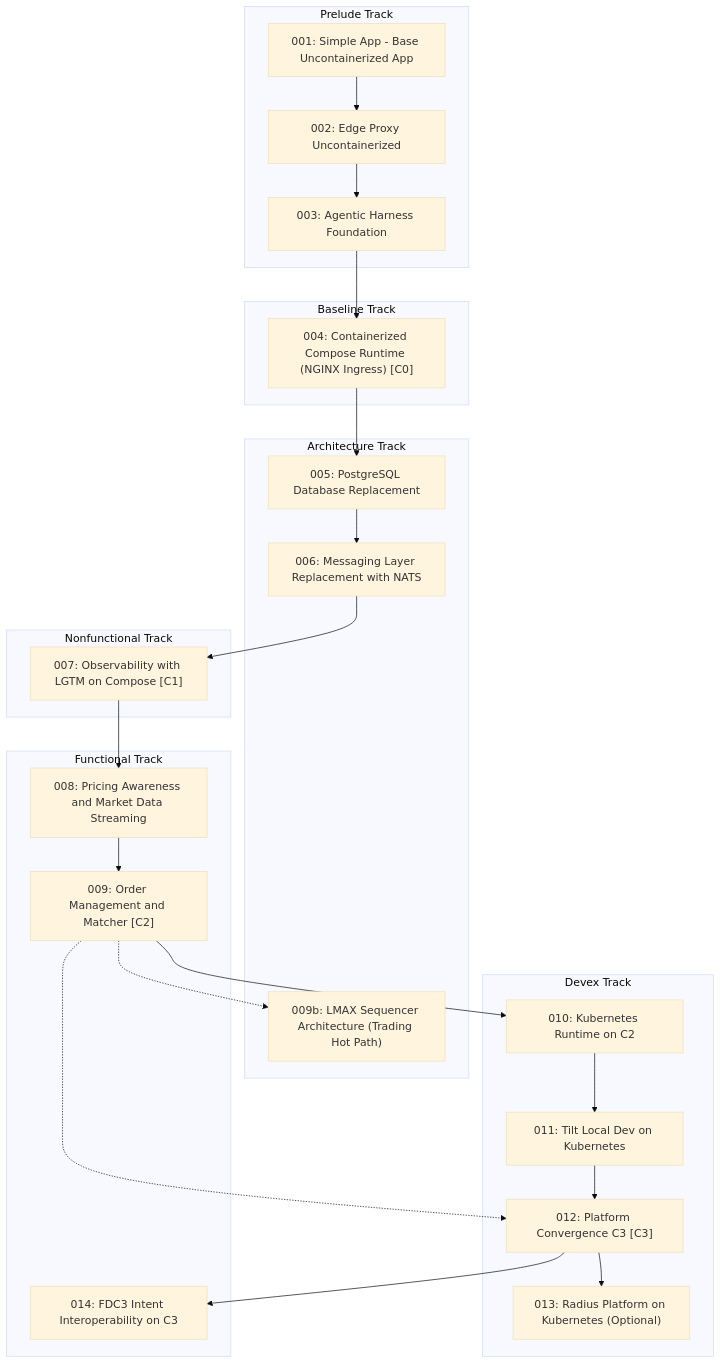
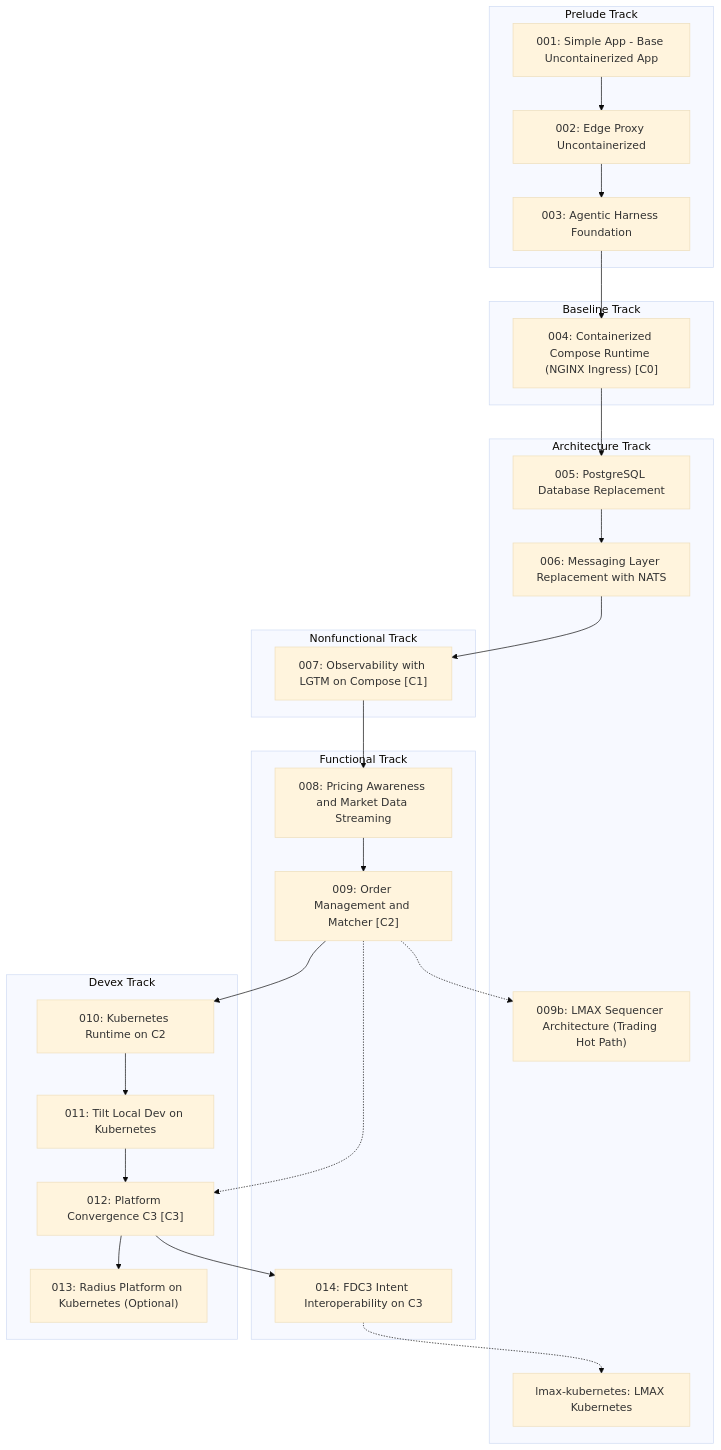
Before and after one commit to YU-CS-Summer-2026-Distributed-TraderX/traderX: the third of 3 diagrams in docs/learning-paths/index.md, drawn with Mermaid (base theme). The commit also changed other lines of this file and 140 other files, not shown here.

Commit message:
Add lmax-kubernetes state pack and runtime plumbing

````diff
--- a/docs/learning-paths/index.md
+++ b/docs/learning-paths/index.md
@@ -112,46 +116,48 @@
 ```mermaid
 flowchart TB
   subgraph PRELUDE["Prelude Track"]
     S001_baseline_uncontainerized_parity["001: Simple App - Base Uncontainerized App"]
     S002_edge_proxy_uncontainerized["002: Edge Proxy Uncontainerized"]
     S003_agentic_harness_foundation["003: Agentic Harness Foundation"]
   end
   subgraph BASELINE["Baseline Track"]
     S004_containerized_compose_runtime["004: Containerized Compose Runtime (NGINX Ingress) [C0]"]
   end
   subgraph ARCHITECTURE["Architecture Track"]
     S005_postgres_database_replacement["005: PostgreSQL Database Replacement"]
     S006_messaging_nats_replacement["006: Messaging Layer Replacement with NATS"]
     S009b_lmax_sequencer_architecture["009b: LMAX Sequencer Architecture (Trading Hot Path)"]
+    Slmax_kubernetes["lmax-kubernetes: LMAX Kubernetes"]
   end
   subgraph NONFUNCTIONAL["Nonfunctional Track"]
     S007_observability_lgtm_compose["007: Observability with LGTM on Compose [C1]"]
   end
   subgraph FUNCTIONAL["Functional Track"]
     S008_pricing_awareness_market_data["008: Pricing Awareness and Market Data Streaming"]
     S009_order_management_matcher["009: Order Management and Matcher [C2]"]
     S014_fdc3_intent_interoperability["014: FDC3 Intent Interoperability on C3"]
   end
   subgraph DEVEX["Devex Track"]
     S010_kubernetes_runtime["010: Kubernetes Runtime on C2"]
     S011_tilt_kubernetes_dev_loop["011: Tilt Local Dev on Kubernetes"]
     S012_platform_convergence_c3["012: Platform Convergence C3 [C3]"]
     S013_radius_kubernetes_platform["013: Radius Platform on Kubernetes (Optional)"]
   end
   S001_baseline_uncontainerized_parity --> S002_edge_proxy_uncontainerized
   S002_edge_proxy_uncontainerized --> S003_agentic_harness_foundation
   S003_agentic_harness_foundation --> S004_containerized_compose_runtime
   S004_containerized_compose_runtime --> S005_postgres_database_replacement
   S005_postgres_database_replacement --> S006_messaging_nats_replacement
   S006_messaging_nats_replacement --> S007_observability_lgtm_compose
   S007_observability_lgtm_compose --> S008_pricing_awareness_market_data
   S008_pricing_awareness_market_data --> S009_order_management_matcher
   S009_order_management_matcher -.-> S009b_lmax_sequencer_architecture
   S009_order_management_matcher --> S010_kubernetes_runtime
   S010_kubernetes_runtime --> S011_tilt_kubernetes_dev_loop
   S011_tilt_kubernetes_dev_loop --> S012_platform_convergence_c3
   S012_platform_convergence_c3 --> S013_radius_kubernetes_platform
   S012_platform_convergence_c3 --> S014_fdc3_intent_interoperability
+  S014_fdc3_intent_interoperability -.-> Slmax_kubernetes
   S009_order_management_matcher -.-> S012_platform_convergence_c3
   classDef convergence fill:#d7f5dd,stroke:#2e7d32,stroke-width:2px
 ```
````
